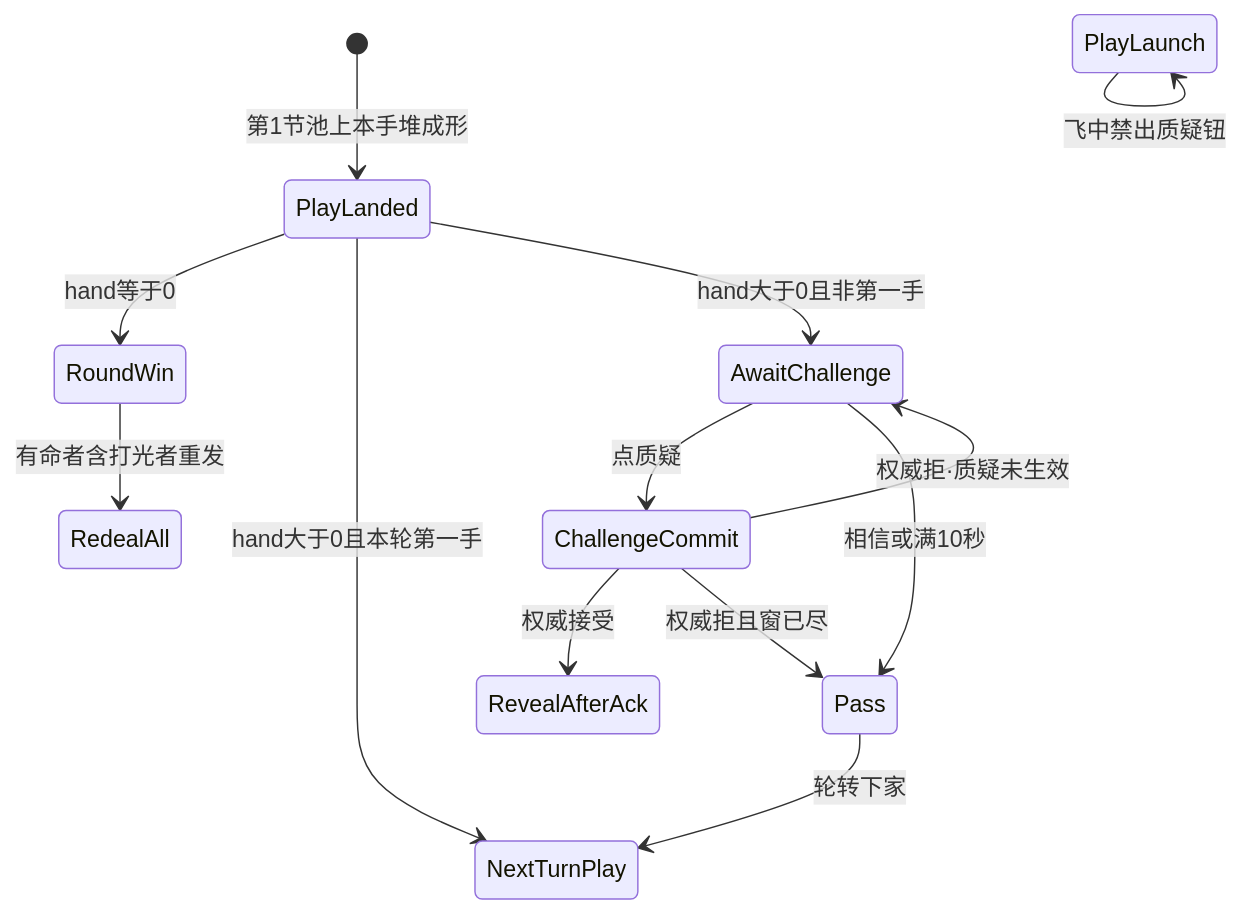
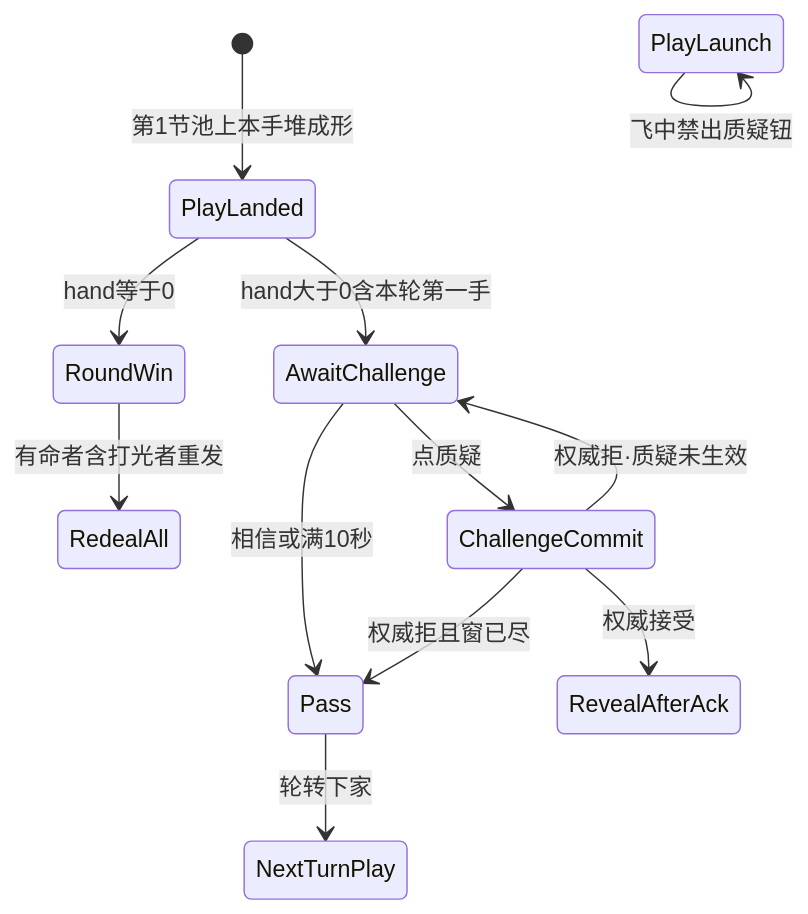
One commit to xubin0903/LiarBar changed the diagram in docs/02-游戏设计/质疑入口-状态机.md. Above: the diagram before and after it, drawn with Mermaid. The commit also changed other lines of this file and 3 other files, not shown here.

````diff
--- a/docs/02-游戏设计/质疑入口-状态机.md
+++ b/docs/02-游戏设计/质疑入口-状态机.md
@@ -145,15 +144,14 @@
 ```mermaid
 stateDiagram-v2
   [*] --> PlayLanded: 第1节池上本手堆成形
   PlayLanded --> RoundWin: hand等于0
   RoundWin --> RedealAll: 有命者含打光者重发
-  PlayLanded --> NextTurnPlay: hand大于0且本轮第一手
-  PlayLanded --> AwaitChallenge: hand大于0且非第一手
+  PlayLanded --> AwaitChallenge: hand大于0含本轮第一手
   AwaitChallenge --> ChallengeCommit: 点质疑
   AwaitChallenge --> Pass: 相信或满10秒
   ChallengeCommit --> RevealAfterAck: 权威接受
   ChallengeCommit --> AwaitChallenge: 权威拒·质疑未生效
   ChallengeCommit --> Pass: 权威拒且窗已尽
   Pass --> NextTurnPlay: 轮转下家
   PlayLaunch --> PlayLaunch: 飞中禁出质疑钮
 ```
````
